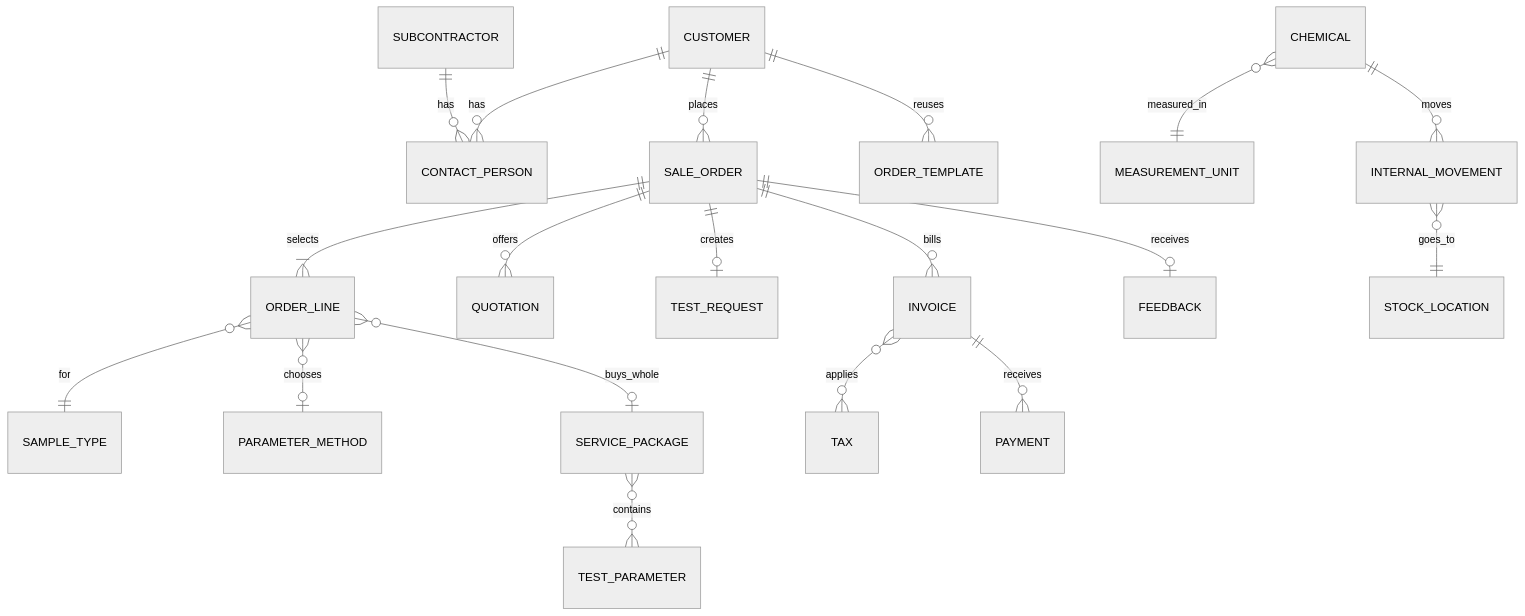
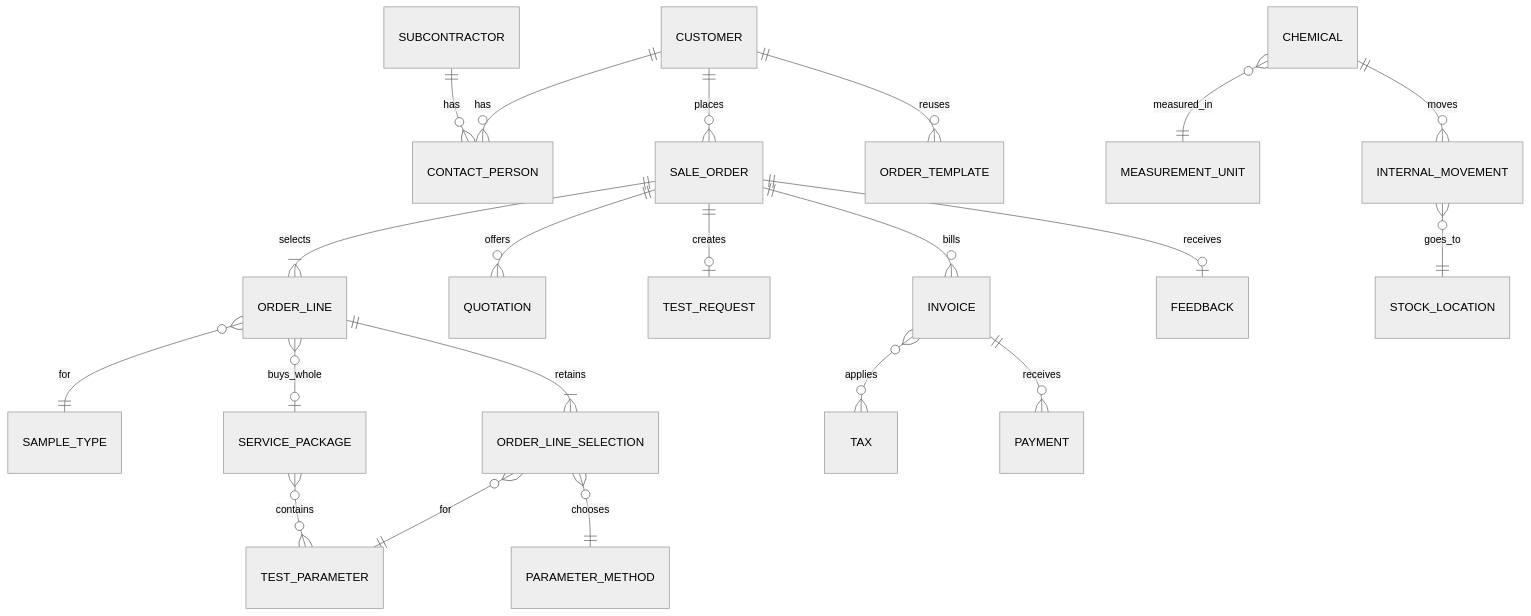
The third of 3 diagrams in docs/functional/conceptual-model.md (SoltuneMontepre/medilab), drawn with Mermaid (neutral theme) before and after one commit. The commit also changed other lines of this file and 22 other files, not shown here.

````diff
--- a/docs/functional/conceptual-model.md
+++ b/docs/functional/conceptual-model.md
@@ -77,21 +79,23 @@
 ```mermaid
 erDiagram
     CUSTOMER ||--o{ CONTACT_PERSON : has
     SUBCONTRACTOR ||--o{ CONTACT_PERSON : has
     CUSTOMER ||--o{ SALE_ORDER : places
     SALE_ORDER ||--|{ ORDER_LINE : selects
     ORDER_LINE }o--|| SAMPLE_TYPE : for
-    ORDER_LINE }o--o| PARAMETER_METHOD : chooses
+    ORDER_LINE ||--|{ ORDER_LINE_SELECTION : retains
+    ORDER_LINE_SELECTION }o--|| TEST_PARAMETER : for
+    ORDER_LINE_SELECTION }o--|| PARAMETER_METHOD : chooses
     ORDER_LINE }o--o| SERVICE_PACKAGE : buys_whole
     SERVICE_PACKAGE }o--o{ TEST_PARAMETER : contains
     SALE_ORDER ||--o{ QUOTATION : offers
     SALE_ORDER ||--o| TEST_REQUEST : creates
     SALE_ORDER ||--o{ INVOICE : bills
     INVOICE }o--o{ TAX : applies
     INVOICE ||--o{ PAYMENT : receives
     CUSTOMER ||--o{ ORDER_TEMPLATE : reuses
     SALE_ORDER ||--o| FEEDBACK : receives
     CHEMICAL }o--|| MEASUREMENT_UNIT : measured_in
     CHEMICAL ||--o{ INTERNAL_MOVEMENT : moves
     INTERNAL_MOVEMENT }o--|| STOCK_LOCATION : goes_to
 ```
````
